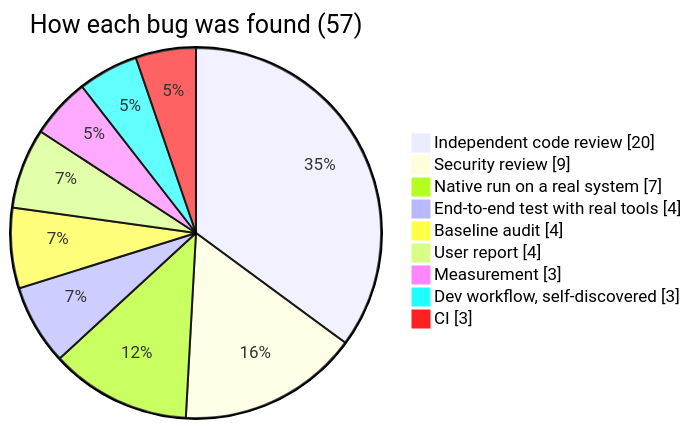
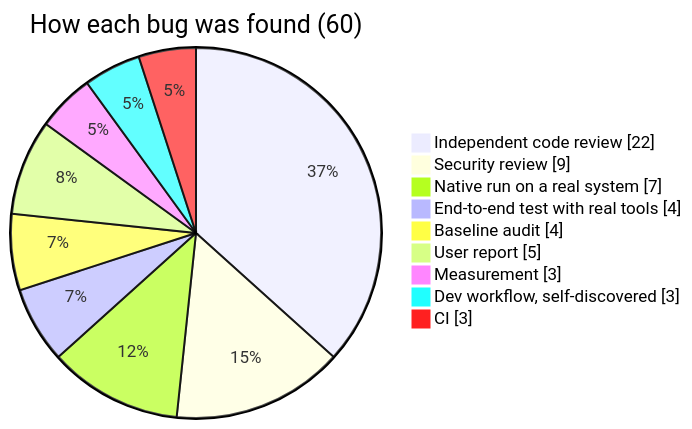
The fourth of 11 diagrams in docs/JOURNEY.md (XKeviNguyen/HighVi), drawn with Mermaid before and after one commit. The commit also changed other lines of this file and 8 other files, not shown here.

````diff
--- a/docs/JOURNEY.md
+++ b/docs/JOURNEY.md
@@ -86,13 +86,13 @@
 ```mermaid
 pie showData
-  title How each bug was found (57)
-  "Independent code review" : 20
+  title How each bug was found (60)
+  "Independent code review" : 22
   "Security review" : 9
   "Native run on a real system" : 7
   "End-to-end test with real tools" : 4
   "Baseline audit" : 4
-  "User report" : 4
+  "User report" : 5
   "Measurement" : 3
   "Dev workflow, self-discovered" : 3
   "CI" : 3
 ```
````
